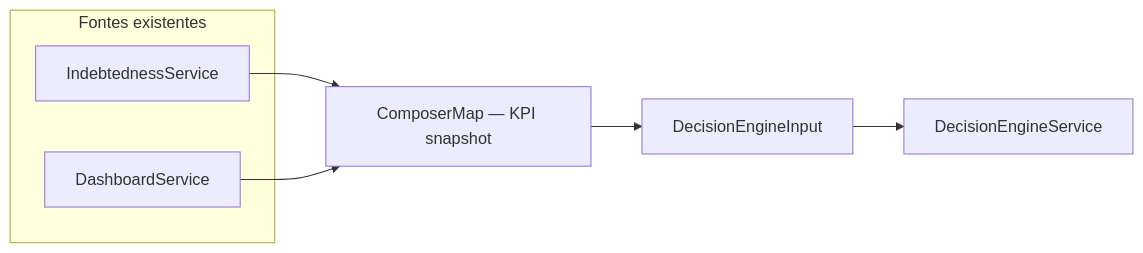
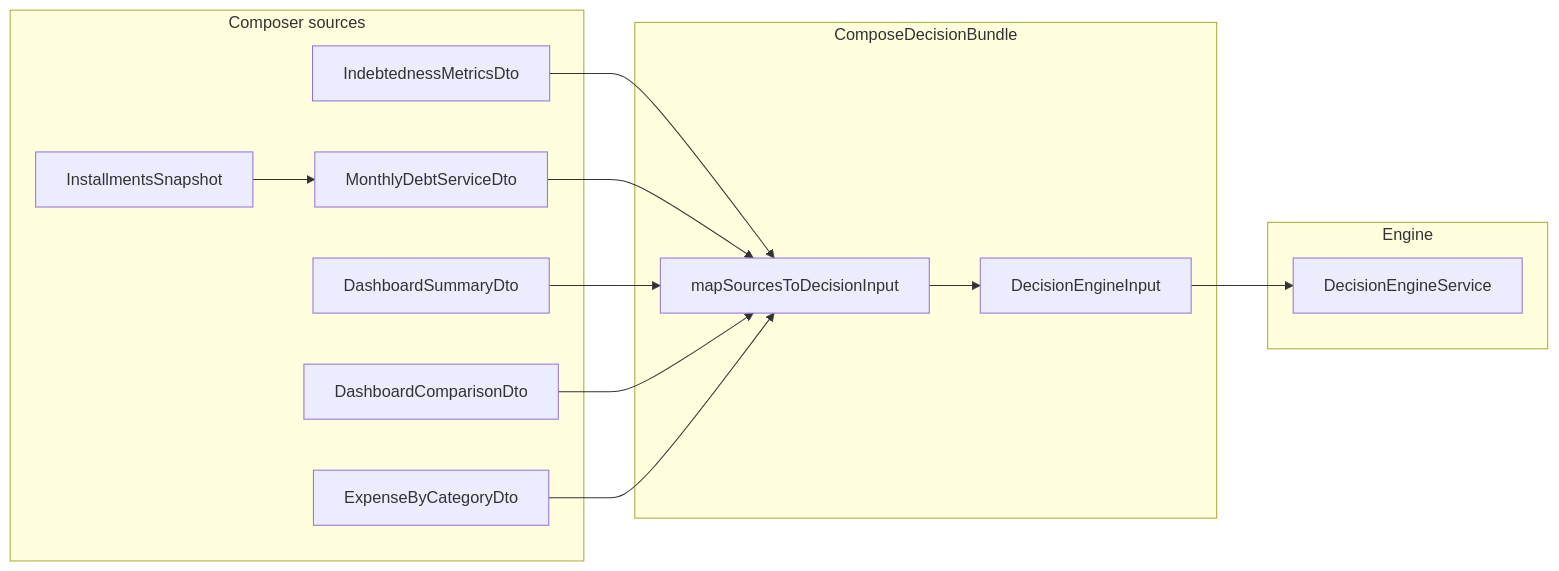
Before and after one commit to rafaeljfec2/air-finance-app: the first of 2 diagrams in specs/002-decision-engine-composer/data-model.md, drawn with Mermaid. The commit also changed other lines of this file and 17 other files, not shown here.

First line of the commit message:
chore(decision-engine-composer): update handoff state and remove obsolete files

````diff
--- a/specs/002-decision-engine-composer/data-model.md
+++ b/specs/002-decision-engine-composer/data-model.md
@@ -5,14 +5,26 @@
 ```mermaid
 flowchart LR
-  subgraph sources [Fontes existentes]
-    IND[IndebtednessService]
-    DASH[DashboardService]
+  subgraph sources [Composer sources]
+    IND[IndebtednessMetricsDto]
+    MDS[MonthlyDebtServiceDto]
+    SUM[DashboardSummaryDto]
+    CMP[DashboardComparisonDto]
+    EBC[ExpenseByCategoryDto]
+    INS[InstallmentsSnapshot]
   end
-  MAP[ComposerMap — KPI snapshot]
-  IN[DecisionEngineInput]
-  ENG[DecisionEngineService]
+  subgraph bundle [ComposeDecisionBundle]
+    MAP[mapSourcesToDecisionInput]
+    IN[DecisionEngineInput]
+  end
+  subgraph engine [Engine]
+    DE[DecisionEngineService]
+  end
   IND --> MAP
-  DASH --> MAP
+  MDS --> MAP
+  SUM --> MAP
+  CMP --> MAP
+  EBC --> MAP
   MAP --> IN
-  IN --> ENG
+  INS --> MDS
+  IN --> DE
 ```
````
